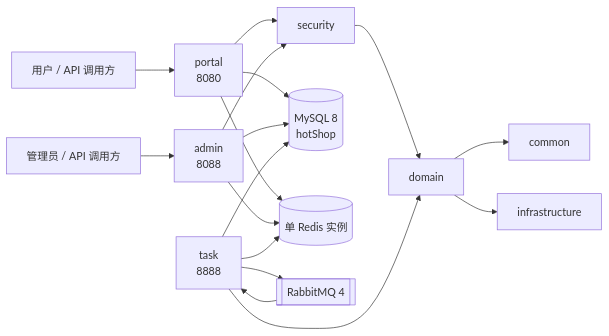
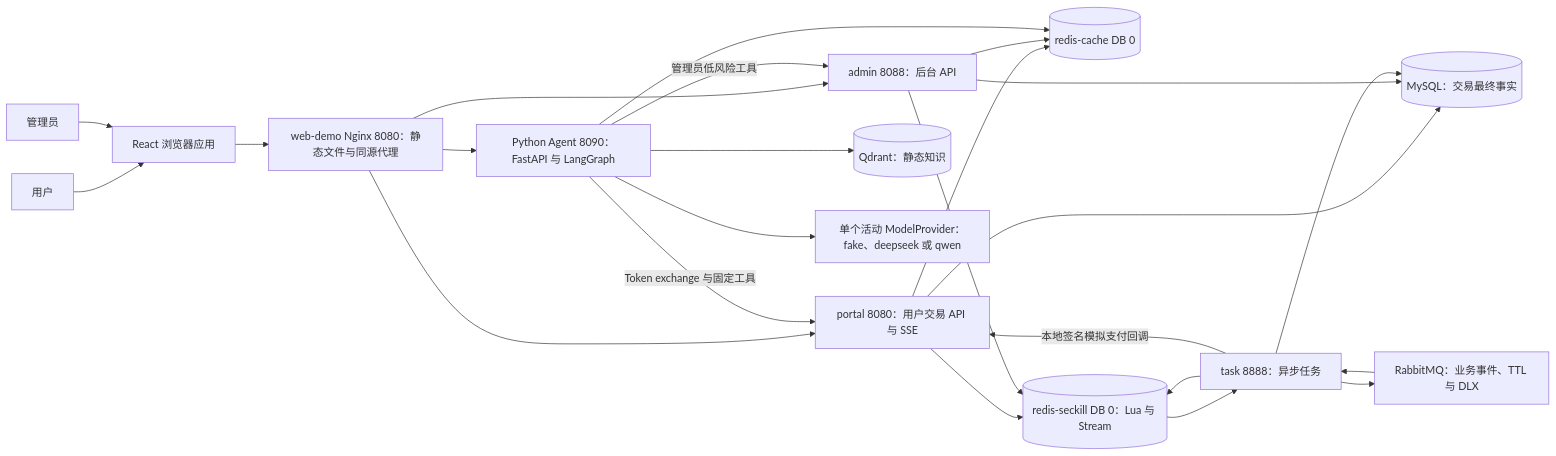
Before and after one commit to LBBZ/hotShop: the first of 5 diagrams in docs/architecture/current-state.md, drawn with Mermaid. The commit also changed other lines of this file and 32 other files, not shown here.

Commit message:
docs: deliver TASK-21 documentation and isolated browser demo

````diff
--- a/docs/architecture/current-state.md
+++ b/docs/architecture/current-state.md
@@ -14,21 +10,26 @@
 ```mermaid
 flowchart LR
-    client["用户 / API 调用方"] --> portal["portal<br/>8080"]
-    operator["管理员 / API 调用方"] --> admin["admin<br/>8088"]
-
-    portal --> security["security"]
-    admin --> security
-    security --> domain["domain"]
-    task["task<br/>8888"] --> domain
-    domain --> common["common"]
-    domain --> infrastructure["infrastructure"]
-
-    portal --> mysql[("MySQL 8<br/>hotShop")]
-    admin --> mysql
-    task --> mysql
-    portal --> redis[("单 Redis 实例")]
-    admin --> redis
-    task --> redis
-    task --> rabbit[["RabbitMQ 4"]]
-    rabbit --> task
+    U["用户"] --> W["React 浏览器应用"]
+    A["管理员"] --> W
+    W --> N["web-demo Nginx 8080：静态文件与同源代理"]
+    N --> P["portal 8080：用户交易 API 与 SSE"]
+    N --> AD["admin 8088：后台 API"]
+    N --> AG["Python Agent 8090：FastAPI 与 LangGraph"]
+    P --> DB[("MySQL：交易最终事实")]
+    AD --> DB
+    T["task 8888：异步任务"] --> DB
+    P --> RC[("redis-cache DB 0")]
+    AD --> RC
+    AG --> RC
+    P --> RS[("redis-seckill DB 0：Lua 与 Stream")]
+    AD --> RS
+    RS --> T
+    T --> RS
+    T --> MQ["RabbitMQ：业务事件、TTL 与 DLX"]
+    MQ --> T
+    T -->|"本地签名模拟支付回调"| P
+    AG -->|"Token exchange 与固定工具"| P
+    AG -->|"管理员低风险工具"| AD
+    AG --> Q[("Qdrant：静态知识")]
+    AG --> M["单个活动 ModelProvider：fake、deepseek 或 qwen"]
 ```
````
